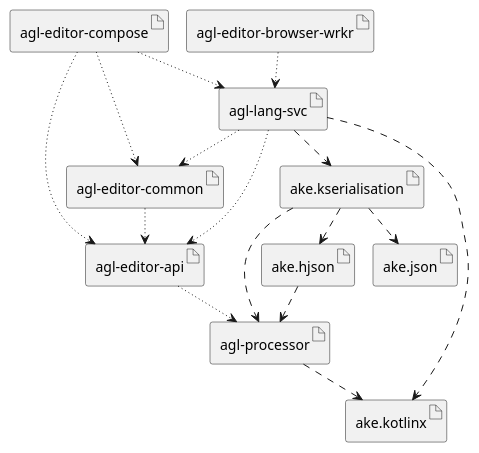
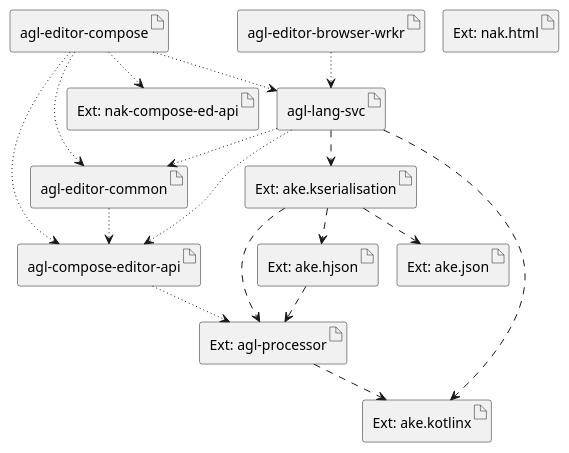
The diagram in net.akehurst.language.editor/_architecture/dependencies.puml (dhakehurst/net.akehurst.language.editor), drawn with PlantUML before and after one commit. The commit also changed 24 other files, not shown here.

```diff
--- a/net.akehurst.language.editor/_architecture/dependencies.puml
+++ b/net.akehurst.language.editor/_architecture/dependencies.puml
@@ -1,41 +1,44 @@
 @startuml
 !pragma layout smetana
 
-artifact "agl-editor-api" as ed_api
+artifact "agl-compose-editor-api" as ed_api
 artifact "agl-editor-common" as ed_com
 artifact "agl-lang-svc" as lang_svc
 artifact "agl-editor-compose" as ed_compose
 
 artifact "agl-editor-browser-wrkr" as brws_wrkr
 
-artifact "agl-processor" as agl_proc
-artifact "ake.hjson" as hjson
-artifact "ake.json" as json
+artifact "Ext: nak-compose-ed-api" as nak_comp_ed_api
+artifact "Ext: agl-processor" as agl_proc
+artifact "Ext: ake.hjson" as hjson
+artifact "Ext: ake.json" as json
+artifact "Ext: nak.html" as html
 
-artifact "ake.kserialisation" as kserialisation
-artifact "ake.kotlinx" as kotlinx
+artifact "Ext: ake.kserialisation" as kserialisation
+artifact "Ext: ake.kotlinx" as kotlinx
 
 
 ed_api -[dotted]-> agl_proc
 ed_com -[dotted]-> ed_api
+ed_compose -[dotted]-> nak_comp_ed_api
 
 lang_svc -[dotted]-> ed_api
 lang_svc -[dotted]-> ed_com
 lang_svc -[dashed]-> kotlinx
 lang_svc -[dashed]-> kserialisation
 
 ed_compose -[dotted]-> ed_api
 ed_compose -[dotted]-> ed_com
 ed_compose -[dotted]-> lang_svc
 
 brws_wrkr -[dotted]-> lang_svc
 
 
 kserialisation -[dashed]-> agl_proc
 kserialisation -[dashed]-> hjson
 kserialisation -[dashed]-> json
 agl_proc -[dashed]-> kotlinx
 
 hjson -[dashed]-> agl_proc
 
 @enduml
```
